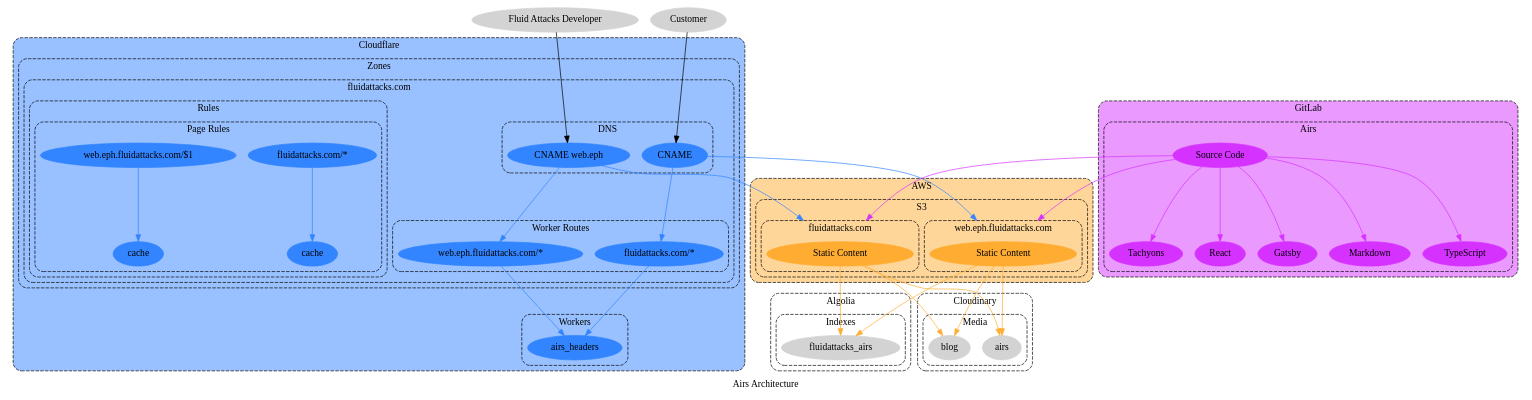
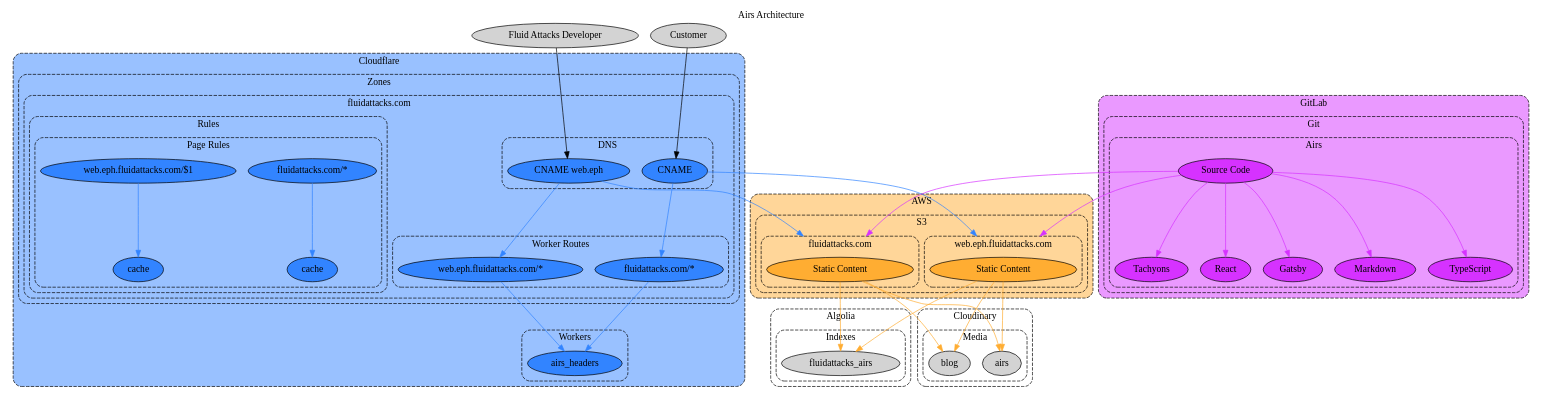
One commit to jeanbaptistemora/fluidattacks-universe2 changed the diagram in docs/src/docs/development/products/airs-arch.dot. Above: the diagram before and after it, drawn with Graphviz. The commit also changed 4 other files, not shown here.

```diff
--- a/docs/src/docs/development/products/airs-arch.dot
+++ b/docs/src/docs/development/products/airs-arch.dot
@@ -1,159 +1,164 @@
 // SPDX-FileCopyrightText: 2022 Fluid Attacks <development@fluidattacks.com>
 //
 // SPDX-License-Identifier: MPL-2.0
 
 digraph airs {
   label="Airs Architecture"
+  labelloc="t"
   compound="true"
   concentrate="true"
   scale="scalexy"
 
   node[style="filled"]
   graph[style="dashed,rounded"]
 
   subgraph cluster_algolia {
     label="Algolia"
     bgcolor="/x11/white"
-    node[color="/x11/lightgray"]
+    node[fillcolor="/x11/lightgray"]
 
     subgraph cluster_algolia_index {
       label="Indexes"
 
       algolia_airs[label="fluidattacks_airs"]
     }
   }
 
   subgraph cluster_aws {
     label="AWS"
     bgcolor="0.1 0.4 1.0"
-    node[color="0.1 0.8 1.0"]
+    node[fillcolor="0.1 0.8 1.0"]
 
     subgraph cluster_aws_s3 {
       label="S3"
 
       subgraph cluster_aws_s3_airs_dev {
         label="web.eph.fluidattacks.com"
 
         aws_s3_airs_dev_static[label="Static Content" width="3.0"]
       }
 
       subgraph cluster_aws_s3_airs_prod {
         label="fluidattacks.com"
 
         aws_s3_airs_prod_static[label="Static Content" width="3.0"]
       }
     }
   }
 
   subgraph cluster_cloudflare {
     label="Cloudflare"
     bgcolor="0.6 0.4 1.0"
-    node[color="0.6 0.8 1.0"]
+    node[fillcolor="0.6 0.8 1.0"]
 
     subgraph cluster_cloudflare_workers {
       label="Workers"
 
       cluster_cloudflare_workers_airs_headers[label="airs_headers"]
     }
 
     subgraph cluster_cloudflare_zones {
       label="Zones"
 
       subgraph cluster_cloudflare_zone_fluidattacks_com {
         label="fluidattacks.com"
 
         subgraph cluster_cloudflare_zone_fluidattacks_com_dns {
           label="DNS"
 
           cloudflare_zone_fluidattacks_com_dns_cname[label="CNAME"]
           cloudflare_zone_fluidattacks_com_dns_cname_web_eph[label="CNAME web.eph"]
         }
 
         subgraph cluster_cloudflare_zone_fluidattacks_com_rules {
           label="Rules"
 
           subgraph cluster_cloudflare_zone_fluidattacks_com_rules_page {
             label="Page Rules"
 
             cloudflare_zone_fluidattacks_com_rules_page[label="fluidattacks.com/*"]
             cloudflare_zone_fluidattacks_com_rules_page_cache[label="cache"]
             cloudflare_zone_fluidattacks_com_rules_page_web_eph[label="web.eph.fluidattacks.com/$1"]
             cloudflare_zone_fluidattacks_com_rules_page_web_eph_cache[label="cache"]
           }
         }
 
         subgraph cluster_cloudflare_zone_fluidattacks_com_worker_routes {
           label="Worker Routes"
 
           cloudflare_zone_fluidattacks_com_worker_route_dev[label="web.eph.fluidattacks.com/*"]
           cloudflare_zone_fluidattacks_com_worker_route_prod[label="fluidattacks.com/*"]
         }
       }
     }
   }
 
   subgraph cluster_cloudinary {
     label="Cloudinary"
     bgcolor="/x11/white"
-    node[color="/x11/lightgray"]
+    node[fillcolor="/x11/lightgray"]
 
     subgraph cluster_cloudinary_media {
       label="Media"
 
       cloudinary_media_airs[label="airs"]
       cloudinary_media_blog[label="blog"]
     }
   }
 
   subgraph cluster_gitlab {
     label="GitLab"
     bgcolor="0.8 0.4 1.0"
-    node[color="0.8 0.8 1.0"]
+    node[fillcolor="0.8 0.8 1.0"]
 
-    subgraph cluster_gitlab_airs {
-      label="Airs"
+    subgraph cluster_gitlab_git {
+      label="Git"
 
-      gitlab_airs[label="Source Code"]
-      gitlab_airs_gatsby[label="Gatsby"]
-      gitlab_airs_markdown[label="Markdown"]
-      gitlab_airs_typescript[label="TypeScript"]
-      gitlab_airs_tachyons[label="Tachyons"]
-      gitlab_airs_react[label="React"]
+      subgraph cluster_gitlab_airs {
+        label="Airs"
+
+        gitlab_airs[label="Source Code"]
+        gitlab_airs_gatsby[label="Gatsby"]
+        gitlab_airs_markdown[label="Markdown"]
+        gitlab_airs_typescript[label="TypeScript"]
+        gitlab_airs_tachyons[label="Tachyons"]
+        gitlab_airs_react[label="React"]
+      }
     }
   }
 
   edge[color="0.1 0.8 1.0"]
   aws_s3_airs_dev_static -> algolia_airs[]
   aws_s3_airs_dev_static -> cloudinary_media_blog[]
   aws_s3_airs_dev_static -> cloudinary_media_airs[]
   aws_s3_airs_prod_static -> algolia_airs[]
   aws_s3_airs_prod_static -> cloudinary_media_blog[]
   aws_s3_airs_prod_static -> cloudinary_media_airs[]
 
   edge[color="0.6 0.8 1.0"]
   cloudflare_zone_fluidattacks_com_worker_route_dev -> cluster_cloudflare_workers_airs_headers[]
   cloudflare_zone_fluidattacks_com_worker_route_prod -> cluster_cloudflare_workers_airs_headers[]
   cloudflare_zone_fluidattacks_com_dns_cname -> cloudflare_zone_fluidattacks_com_worker_route_prod[]
   cloudflare_zone_fluidattacks_com_dns_cname_web_eph -> cloudflare_zone_fluidattacks_com_worker_route_dev[]
   cloudflare_zone_fluidattacks_com_dns_cname -> aws_s3_airs_dev_static[lhead="cluster_aws_s3_airs_dev"]
   cloudflare_zone_fluidattacks_com_dns_cname_web_eph -> aws_s3_airs_prod_static[lhead="cluster_aws_s3_airs_prod"]
   cloudflare_zone_fluidattacks_com_rules_page -> cloudflare_zone_fluidattacks_com_rules_page_cache[]
   cloudflare_zone_fluidattacks_com_rules_page_web_eph -> cloudflare_zone_fluidattacks_com_rules_page_web_eph_cache[]
 
   edge[color="0.8 0.8 1.0"]
   gitlab_airs -> aws_s3_airs_dev_static[lhead="cluster_aws_s3_airs_dev"]
   gitlab_airs -> aws_s3_airs_prod_static[lhead="cluster_aws_s3_airs_prod"]
   gitlab_airs -> gitlab_airs_gatsby[]
   gitlab_airs -> gitlab_airs_markdown[]
   gitlab_airs -> gitlab_airs_typescript[]
   gitlab_airs -> gitlab_airs_tachyons[]
   gitlab_airs -> gitlab_airs_react[]
 
-  node[color="/x11/lightgray"]
+  node[fillcolor="/x11/lightgray"]
   customer[label="Customer"]
   fluid_attacks_developer[label="Fluid Attacks Developer"]
 
   edge[color="/x11/black"]
   customer -> cloudflare_zone_fluidattacks_com_dns_cname[]
   fluid_attacks_developer -> cloudflare_zone_fluidattacks_com_dns_cname_web_eph[]
 }
```
